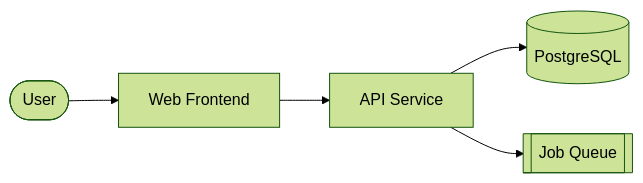
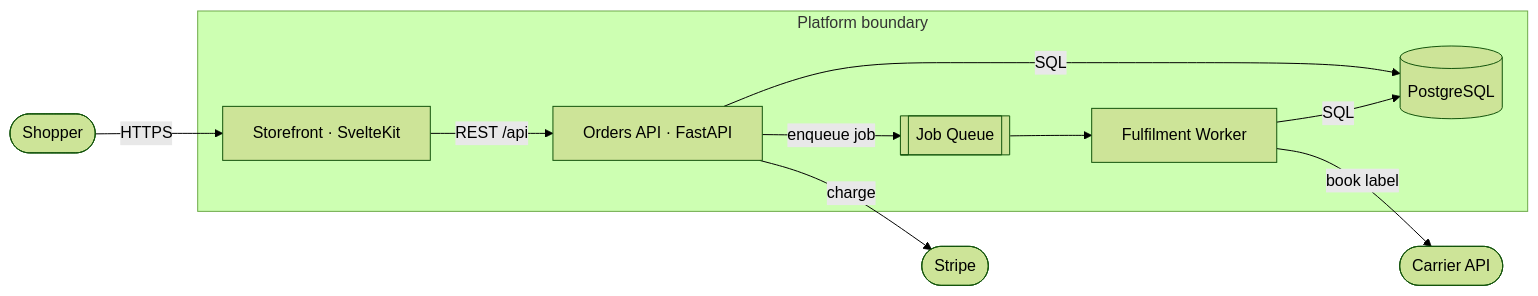
Before and after one commit to cheneeheng/agent-skills: the first of 2 diagrams in plugins/ceh-architecture/skills/document-architecture/SKILL.md, drawn with Mermaid (forest theme). The commit also changed other lines of this file and 6 other files, not shown here.

````diff
--- a/plugins/ceh-architecture/skills/document-architecture/SKILL.md
+++ b/plugins/ceh-architecture/skills/document-architecture/SKILL.md
@@ -45,7 +96,13 @@
 ```mermaid
 flowchart LR
-    user([User]) --> fe[Web Frontend]
-    fe --> api[API Service]
-    api --> db[(PostgreSQL)]
-    api --> queue[[Job Queue]]
+    shopper([Shopper]) -->|HTTPS| fe[Storefront · SvelteKit]
+    subgraph platform [Platform boundary]
+        fe -->|REST /api| api[Orders API · FastAPI]
+        api -->|SQL| db[(PostgreSQL)]
+        api -->|enqueue job| queue[[Job Queue]]
+        queue --> worker[Fulfilment Worker]
+        worker -->|SQL| db
+    end
+    api -->|charge| stripe([Stripe])
+    worker -->|book label| carrier([Carrier API])
 ```
````
